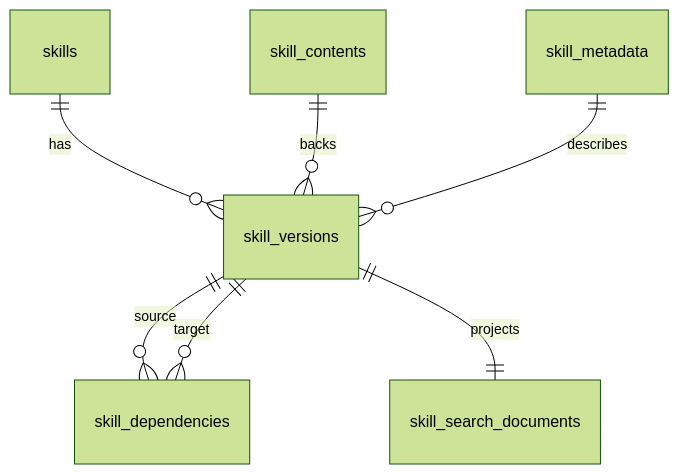
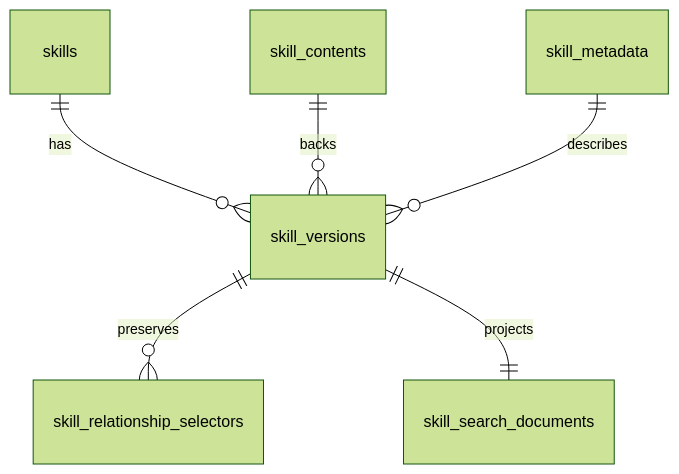
One commit to y0ncha/aptitude-server changed the diagram in docs/schema.md. Above: the diagram before and after it, drawn with Mermaid (forest theme). The commit also changed other lines of this file and 50 other files, not shown here.

````diff
--- a/docs/schema.md
+++ b/docs/schema.md
@@ -45,9 +44,8 @@
 ```mermaid
 erDiagram
     skills ||--o{ skill_versions : has
     skill_contents ||--o{ skill_versions : backs
     skill_metadata ||--o{ skill_versions : describes
-    skill_versions ||--o{ skill_dependencies : source
-    skill_versions ||--o{ skill_dependencies : target
+    skill_versions ||--o{ skill_relationship_selectors : preserves
     skill_versions ||--|| skill_search_documents : projects
 ```
````
